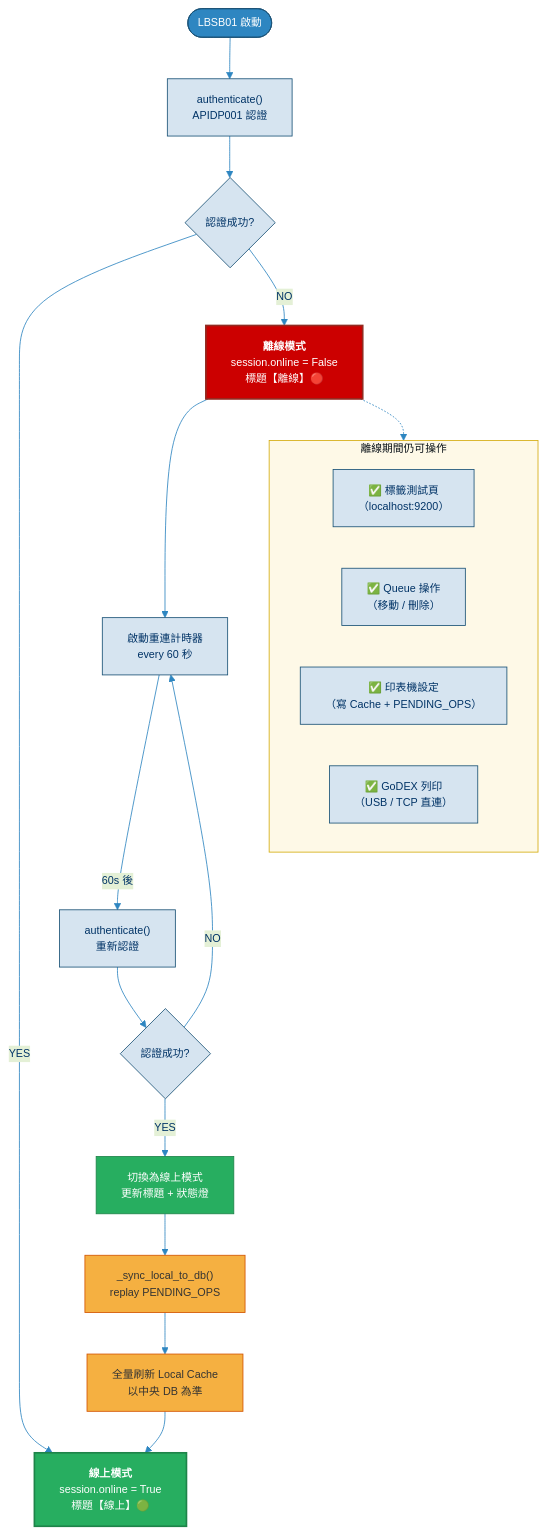
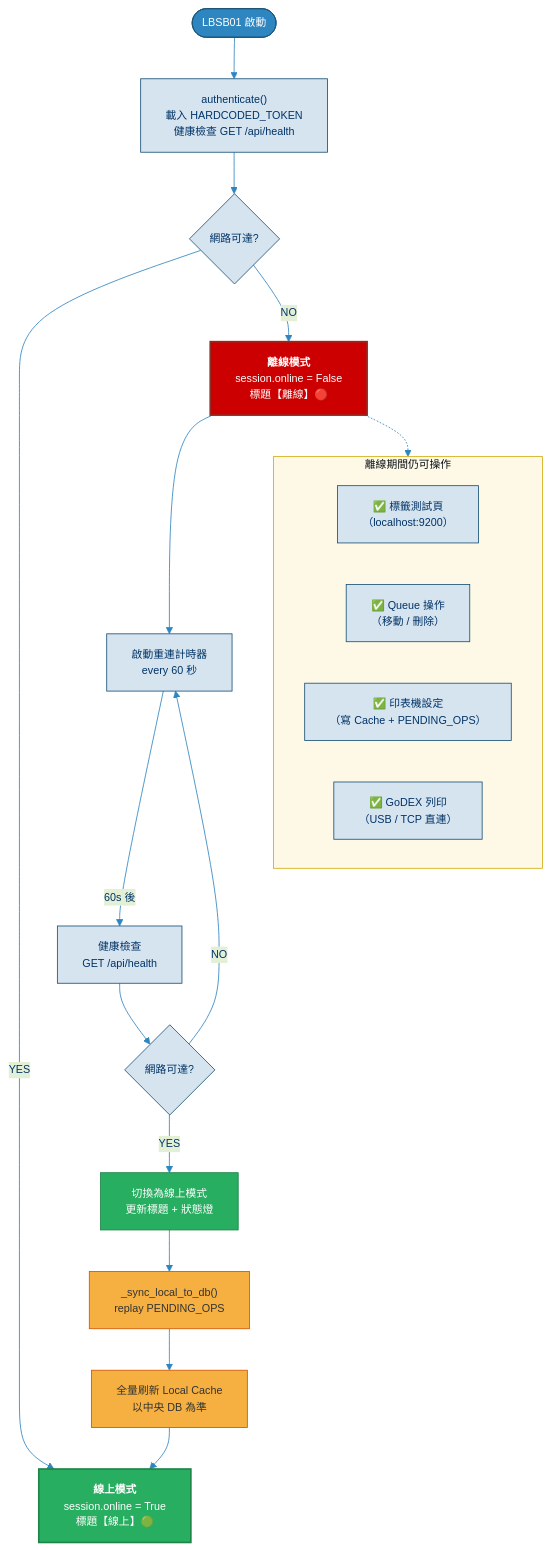
The diagram in docs/images/offline-reconnect.mmd (sti-fhb/LB_TBMS), drawn with Mermaid before and after one commit. The commit also changed 7 other files, not shown here.

```diff
--- a/docs/images/offline-reconnect.mmd
+++ b/docs/images/offline-reconnect.mmd
@@ -1,34 +1,34 @@
 %%{init: {'theme': 'base', 'themeVariables': {'primaryColor': '#D6E4F0', 'primaryTextColor': '#003366', 'primaryBorderColor': '#1A5276', 'lineColor': '#2E86C1', 'fontSize': '13px'}}}%%
 flowchart TB
-    START(["LBSB01 啟動"]) --> AUTH["authenticate()<br/>APIDP001 認證"]
-    AUTH --> CHECK{認證成功?}
+    START(["LBSB01 啟動"]) --> AUTH["authenticate()<br/>載入 HARDCODED_TOKEN<br/>健康檢查 GET /api/health"]
+    AUTH --> CHECK{網路可達?}
 
     CHECK -->|YES| ONLINE["<b>線上模式</b><br/>session.online = True<br/>標題【線上】🟢"]
     CHECK -->|NO| OFFLINE["<b>離線模式</b><br/>session.online = False<br/>標題【離線】🔴"]
 
     OFFLINE --> TIMER["啟動重連計時器<br/>every 60 秒"]
-    TIMER -->|"60s 後"| RETRY["authenticate()<br/>重新認證"]
-    RETRY --> RECHECK{認證成功?}
+    TIMER -->|"60s 後"| RETRY["健康檢查<br/>GET /api/health"]
+    RETRY --> RECHECK{網路可達?}
 
     RECHECK -->|NO| TIMER
     RECHECK -->|YES| SWITCH["切換為線上模式<br/>更新標題 + 狀態燈"]
     SWITCH --> SYNC["_sync_local_to_db()<br/>replay PENDING_OPS"]
     SYNC --> REFRESH["全量刷新 Local Cache<br/>以中央 DB 為準"]
     REFRESH --> ONLINE
 
     subgraph OFFLINE_OPS["離線期間仍可操作"]
         OP1["✅ 標籤測試頁<br/>（localhost:9200）"]
         OP2["✅ Queue 操作<br/>（移動 / 刪除）"]
         OP3["✅ 印表機設定<br/>（寫 Cache + PENDING_OPS）"]
         OP4["✅ GoDEX 列印<br/>（USB / TCP 直連）"]
     end
 
     OFFLINE -.-> OFFLINE_OPS
 
     style START fill:#2E86C1,stroke:#1A5276,color:#FFF
     style ONLINE fill:#27AE60,stroke:#1E8449,color:#FFF,stroke-width:2px
     style OFFLINE fill:#CC0000,stroke:#922B21,color:#FFF,stroke-width:2px
     style SWITCH fill:#27AE60,stroke:#1E8449,color:#FFF
     style SYNC fill:#F5B041,stroke:#D35400,color:#333
     style REFRESH fill:#F5B041,stroke:#D35400,color:#333
     style OFFLINE_OPS fill:#FEF9E7,stroke:#D4AC0D,stroke-width:1px
```
